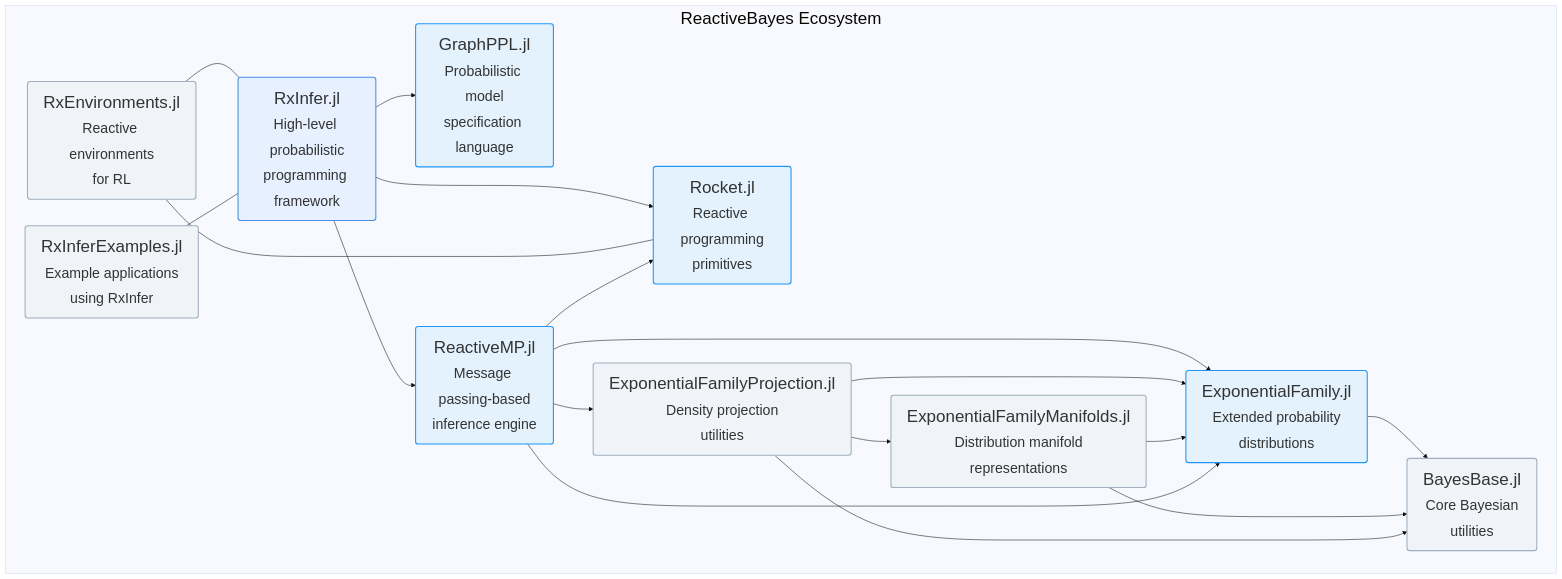
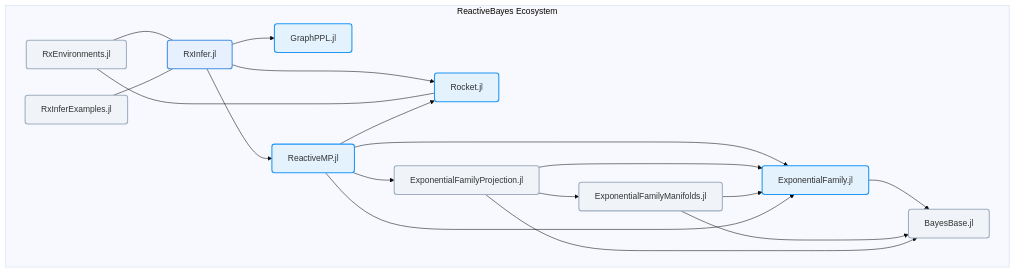
Before and after one commit to ReactiveBayes/.github: the diagram in profile/README.md, drawn with Mermaid. The commit also changed other lines of this file, not shown here.

Commit message:
remove small descriptions

````diff
--- a/profile/README.md
+++ b/profile/README.md
@@ -7,74 +7,74 @@
 ```mermaid 
 graph TD
     %% Node definitions with links
     RxInfer[RxInfer.jl]
     click RxInfer href "https://github.com/ReactiveBayes/RxInfer.jl" _blank
     GraphPPL[GraphPPL.jl]
     click GraphPPL href "https://github.com/ReactiveBayes/GraphPPL.jl" _blank
     ReactiveMP[ReactiveMP.jl]
     click ReactiveMP href "https://github.com/ReactiveBayes/ReactiveMP.jl" _blank
     Rocket[Rocket.jl]
     click Rocket href "https://github.com/ReactiveBayes/Rocket.jl" _blank
     RxEnvironments[RxEnvironments.jl]
     click RxEnvironments href "https://github.com/ReactiveBayes/RxEnvironments.jl" _blank
     ExponentialFamily[ExponentialFamily.jl]
     click ExponentialFamily href "https://github.com/ReactiveBayes/ExponentialFamily.jl" _blank
     ExponentialFamilyProjection[ExponentialFamilyProjection.jl]
     click ExponentialFamilyProjection href "https://github.com/ReactiveBayes/ExponentialFamilyProjection.jl" _blank
     ExponentialFamilyManifolds[ExponentialFamilyManifolds.jl]
     click ExponentialFamilyManifolds href "https://github.com/ReactiveBayes/ExponentialFamilyManifolds.jl" _blank
     BayesBase[BayesBase.jl]
     click BayesBase href "https://github.com/ReactiveBayes/BayesBase.jl" _blank
     RxInferExamples[RxInferExamples.jl]
     click RxInferExamples href "https://github.com/ReactiveBayes/RxInferExamples.jl" _blank
 
     %% Connections
     RxInfer --> GraphPPL
     RxInfer --> ReactiveMP
     RxInfer --> Rocket
 
     RxEnvironments --- RxInfer
     RxEnvironments --- Rocket
 
     RxInferExamples --- RxInfer
     
     ReactiveMP --> ExponentialFamily
     ReactiveMP --> ExponentialFamilyProjection
     ReactiveMP --> Rocket
     
     ExponentialFamilyProjection --> ExponentialFamilyManifolds
     ExponentialFamilyProjection --> ExponentialFamily
     ExponentialFamilyManifolds --> ExponentialFamily
     
     ReactiveMP --> ExponentialFamily
     
     ExponentialFamily --> BayesBase
     ExponentialFamilyManifolds --> BayesBase
     ExponentialFamilyProjection --> BayesBase
 
     %% Node styling
     classDef default fill:#f0f4f8,stroke:#a0aec0,stroke-width:2px,rx:5px;
     classDef rxi fill:#e6f0ff,stroke:#4a90e2,stroke-width:2px,rx:5px;
     classDef core fill:#e3f2fd,stroke:#2196f3,stroke-width:2px,rx:5px;
     
     %% Apply core styling to main packages
     class ReactiveMP,GraphPPL,Rocket,ExponentialFamily core;
     class RxInfer rxi;
 
     %% Remove background from main graph
     subgraph "ReactiveBayes Ecosystem"
-        RxInfer["RxInfer.jl<br/><small>High-level probabilistic<br/>programming framework</small>"]
-        RxInferExamples["RxInferExamples.jl<br/><small>Example applications<br/>using RxInfer</small>"]
-        GraphPPL["GraphPPL.jl<br/><small>Probabilistic model<br/>specification language</small>"]
-        ReactiveMP["ReactiveMP.jl<br/><small>Message passing-based<br/>inference engine</small>"]
-        Rocket["Rocket.jl<br/><small>Reactive programming<br/>primitives</small>"]
-        RxEnvironments["RxEnvironments.jl<br/><small>Reactive environments<br/>for RL</small>"]
-        ExponentialFamily["ExponentialFamily.jl<br/><small>Extended probability<br/>distributions</small>"]
-        ExponentialFamilyProjection["ExponentialFamilyProjection.jl<br/><small>Density projection<br/>utilities</small>"]
-        ExponentialFamilyManifolds["ExponentialFamilyManifolds.jl<br/><small>Distribution manifold<br/>representations</small>"]
-        BayesBase["BayesBase.jl<br/><small>Core Bayesian<br/>utilities</small>"]
+        RxInfer["RxInfer.jl"]
+        RxInferExamples["RxInferExamples.jl"]
+        GraphPPL["GraphPPL.jl"]
+        ReactiveMP["ReactiveMP.jl"]
+        Rocket["Rocket.jl"]
+        RxEnvironments["RxEnvironments.jl"]
+        ExponentialFamily["ExponentialFamily.jl"]
+        ExponentialFamilyProjection["ExponentialFamilyProjection.jl"]
+        ExponentialFamilyManifolds["ExponentialFamilyManifolds.jl"]
+        BayesBase["BayesBase.jl"]
     end
 
     %% Style settings
-    %%{ init: { 'theme': 'base', 'themeVariables': { 'fontSize': '32px' } } }%%
+    %%{ init: { 'theme': 'base', 'themeVariables': { 'fontSize': '16px' } } }%%
 ```
````
